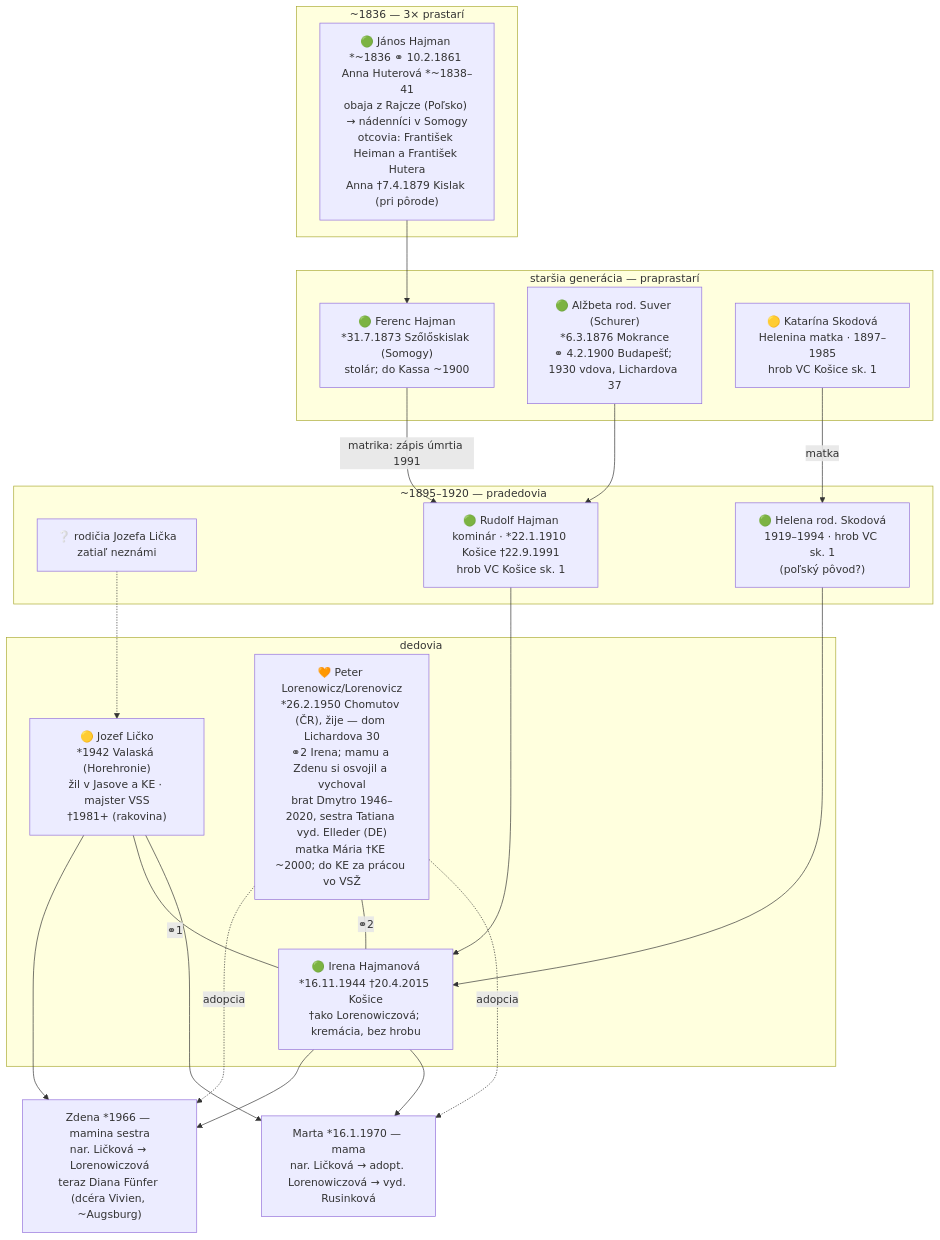
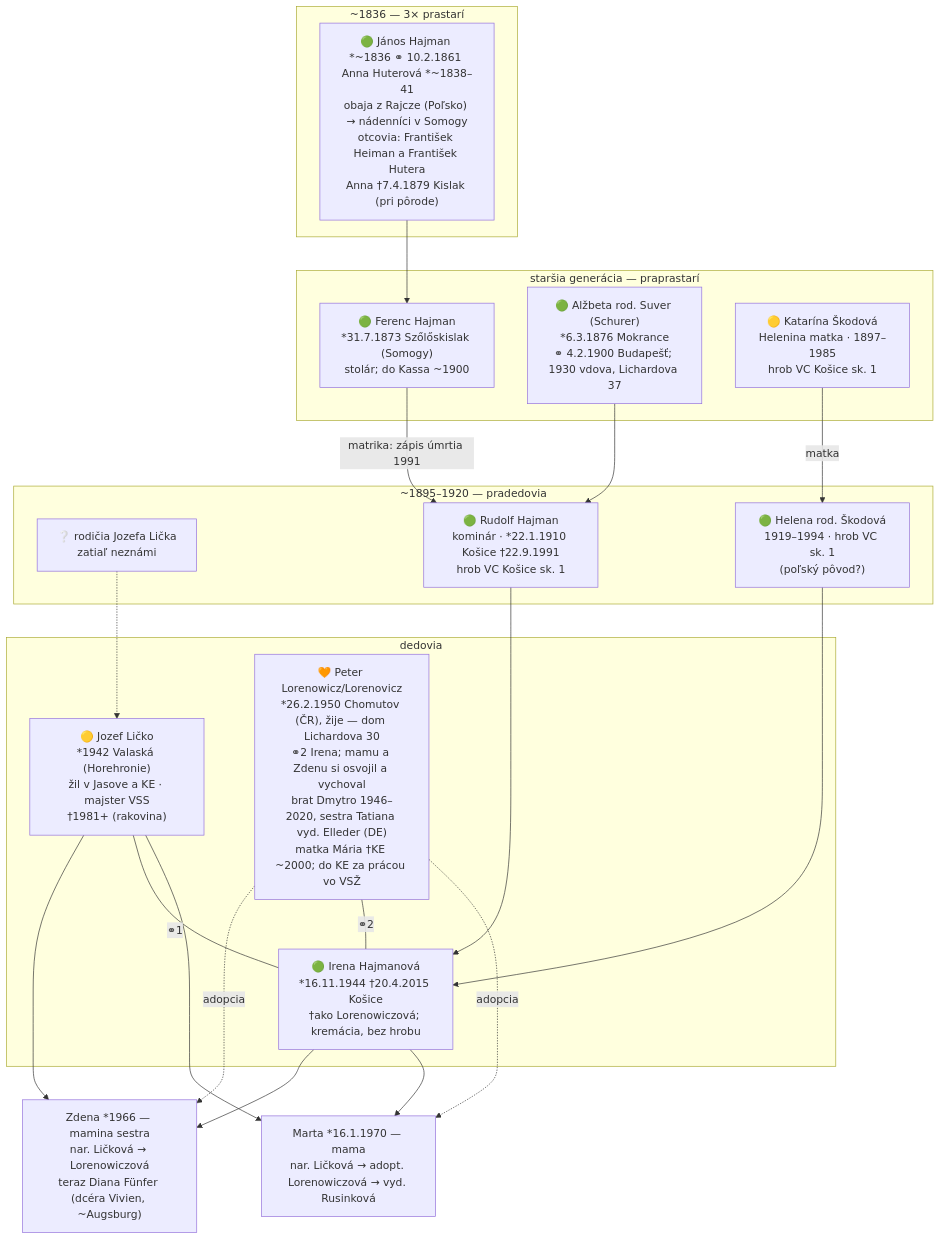
One commit to vrusi/genealogia changed the second of 6 diagrams in docs/rodokmen.md. Above: the diagram before and after it, drawn with Mermaid. The commit also changed other lines of this file and 15 other files, not shown here.

````diff
--- a/docs/rodokmen.md
+++ b/docs/rodokmen.md
@@ -102,39 +102,39 @@
 ```mermaid
 graph TD
   subgraph mgen5["~1836 — 3× prastarí"]
     JHAH["🟢 János Hajman *~1836 ⚭ 10.2.1861 Anna Huterová *~1838–41<br>obaja z Rajcze (Poľsko) → nádenníci v Somogy<br>otcovia: František Heiman a František Hutera<br>Anna †7.4.1879 Kislak (pri pôrode)"]
   end
   subgraph mgen4["staršia generácia — praprastarí"]
     FH["🟢 Ferenc Hajman<br>*31.7.1873 Szőlőskislak (Somogy)<br>stolár; do Kassa ~1900"]
     ASch["🟢 Alžbeta rod. Suver (Schurer)<br>*6.3.1876 Mokrance<br>⚭ 4.2.1900 Budapešť; 1930 vdova, Lichardova 37"]
-    KS["🟡 Katarína Skodová<br>Helenina matka · 1897–1985<br>hrob VC Košice sk. 1"]
+    KS["🟡 Katarína Škodová<br>Helenina matka · 1897–1985<br>hrob VC Košice sk. 1"]
   end
   subgraph mgen3["~1895–1920 — pradedovia"]
     LX["❔ rodičia Jozefa Lička<br>zatiaľ neznámi"]
     RH["🟢 Rudolf Hajman<br>kominár · *22.1.1910 Košice †22.9.1991<br>hrob VC Košice sk. 1"]
-    HS["🟢 Helena rod. Skodová<br>1919–1994 · hrob VC sk. 1<br>(poľský pôvod?)"]
+    HS["🟢 Helena rod. Škodová<br>1919–1994 · hrob VC sk. 1<br>(poľský pôvod?)"]
   end
   subgraph mgen2["dedovia"]
     JL["🟡 Jozef Ličko<br>*1942 Valaská (Horehronie)<br>žil v Jasove a KE · majster VSS<br>†1981+ (rakovina)"]
     IH["🟢 Irena Hajmanová<br>*16.11.1944 †20.4.2015 Košice<br>†ako Lorenowiczová; kremácia, bez hrobu"]
     PL["🧡 Peter Lorenowicz/Lorenovicz<br>*26.2.1950 Chomutov (ČR), žije — dom Lichardova 30<br>⚭2 Irena; mamu a Zdenu si osvojil a vychoval<br>brat Dmytro 1946–2020, sestra Tatiana vyd. Elleder (DE)<br>matka Mária †KE ~2000; do KE za prácou vo VSŽ"]
   end
   ML["Marta *16.1.1970 — mama<br>nar. Ličková → adopt. Lorenowiczová → vyd. Rusinková"]
   ZD["Zdena *1966 — mamina sestra<br>nar. Ličková → Lorenowiczová<br>teraz Diana Fünfer (dcéra Vivien, ~Augsburg)"]
 
   JHAH --> FH
   FH -->|matrika: zápis úmrtia 1991| RH
   ASch --> RH
   KS -->|matka| HS
   JL --> ZD
   IH --> ZD
   PL -.->|adopcia| ZD
   LX -.-> JL
   RH --> IH
   HS --> IH
   JL ---|⚭1| IH
   PL ---|⚭2| IH
   JL --> ML
   IH --> ML
   PL -.->|adopcia| ML
 ```
````
